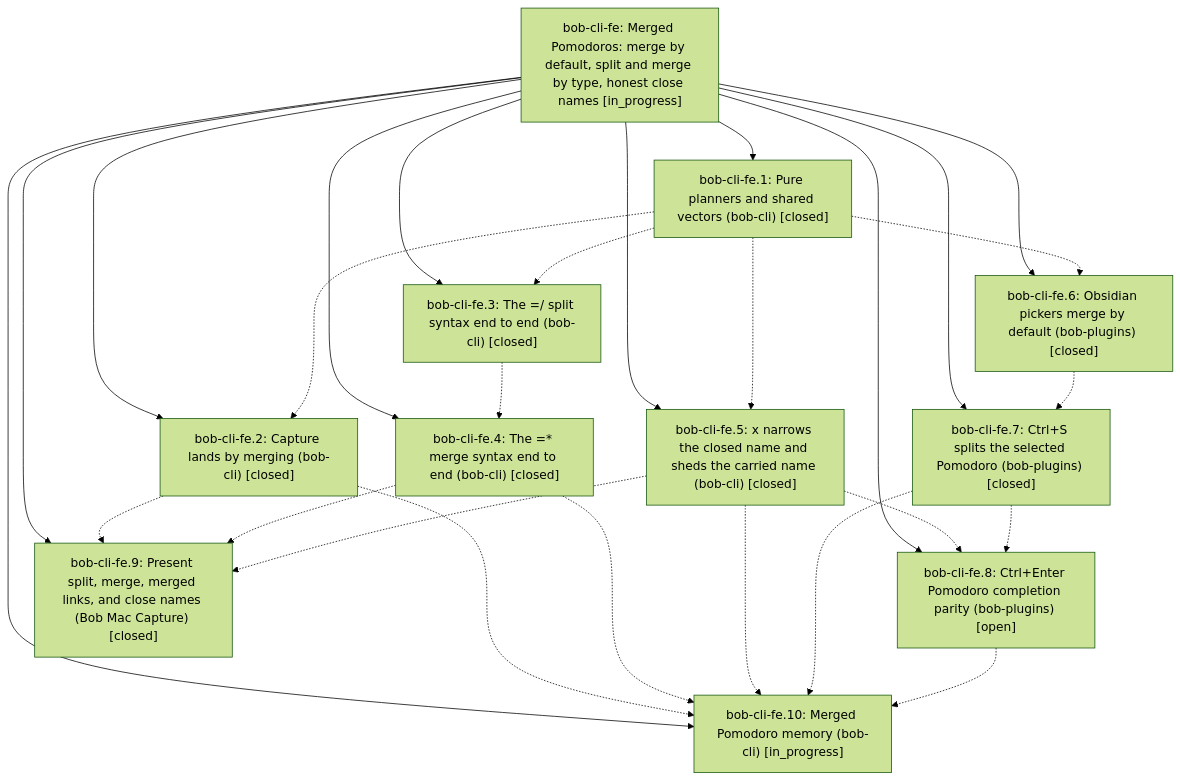
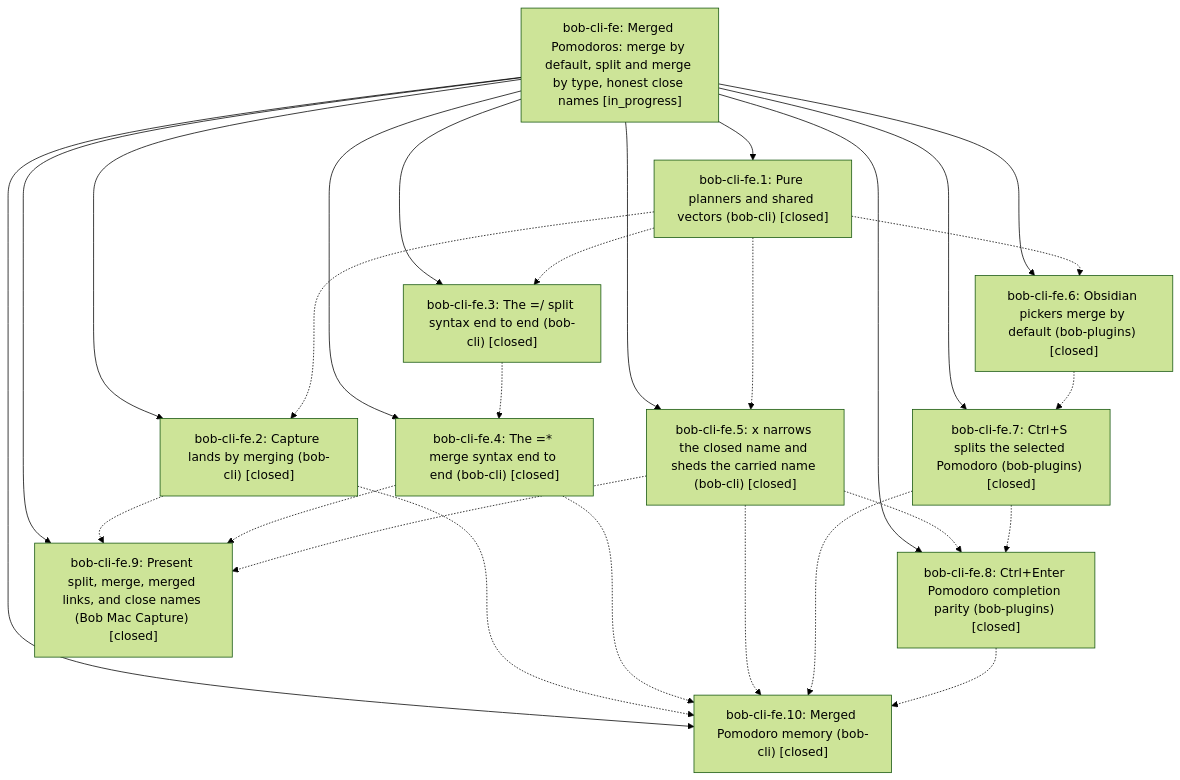
One commit to bobs-org/bob-cli--beads changed the diagram in pages/bob-cli-fe/README.md. Above: the diagram before and after it, drawn with Mermaid (forest theme). The commit also changed other lines of this file and 6 other files, not shown here.

First line of the commit message:
chore(beads): sync bead state and pages for bob-cli-fe

````diff
--- a/pages/bob-cli-fe/README.md
+++ b/pages/bob-cli-fe/README.md
@@ -53,40 +53,40 @@
 ```mermaid
 flowchart TD
     n0["bob-cli-fe: Merged Pomodoros: merge by default, split and merge by type, honest close names [in_progress]"]
     n1["bob-cli-fe.1: Pure planners and shared vectors (bob-cli) [closed]"]
-    n2["bob-cli-fe.10: Merged Pomodoro memory (bob-cli) [in_progress]"]
+    n2["bob-cli-fe.10: Merged Pomodoro memory (bob-cli) [closed]"]
     n3["bob-cli-fe.2: Capture lands by merging (bob-cli) [closed]"]
     n4["bob-cli-fe.3: The =/ split syntax end to end (bob-cli) [closed]"]
     n5["bob-cli-fe.4: The =* merge syntax end to end (bob-cli) [closed]"]
     n6["bob-cli-fe.5: x narrows the closed name and sheds the carried name (bob-cli) [closed]"]
     n7["bob-cli-fe.6: Obsidian pickers merge by default (bob-plugins) [closed]"]
     n8["bob-cli-fe.7: Ctrl+S splits the selected Pomodoro (bob-plugins) [closed]"]
-    n9["bob-cli-fe.8: Ctrl+Enter Pomodoro completion parity (bob-plugins) [open]"]
+    n9["bob-cli-fe.8: Ctrl+Enter Pomodoro completion parity (bob-plugins) [closed]"]
     n10["bob-cli-fe.9: Present split, merge, merged links, and close names (Bob Mac Capture) [closed]"]
     n0 --> n1
     n0 --> n2
     n0 --> n3
     n0 --> n4
     n0 --> n5
     n0 --> n6
     n0 --> n7
     n0 --> n8
     n0 --> n9
     n0 --> n10
     n1 -.-> n3
     n1 -.-> n4
     n1 -.-> n6
     n1 -.-> n7
     n3 -.-> n2
     n3 -.-> n10
     n4 -.-> n5
     n5 -.-> n2
     n5 -.-> n10
     n6 -.-> n2
     n6 -.-> n9
     n6 -.-> n10
     n7 -.-> n8
     n8 -.-> n2
     n8 -.-> n9
     n9 -.-> n2
 ```
````
